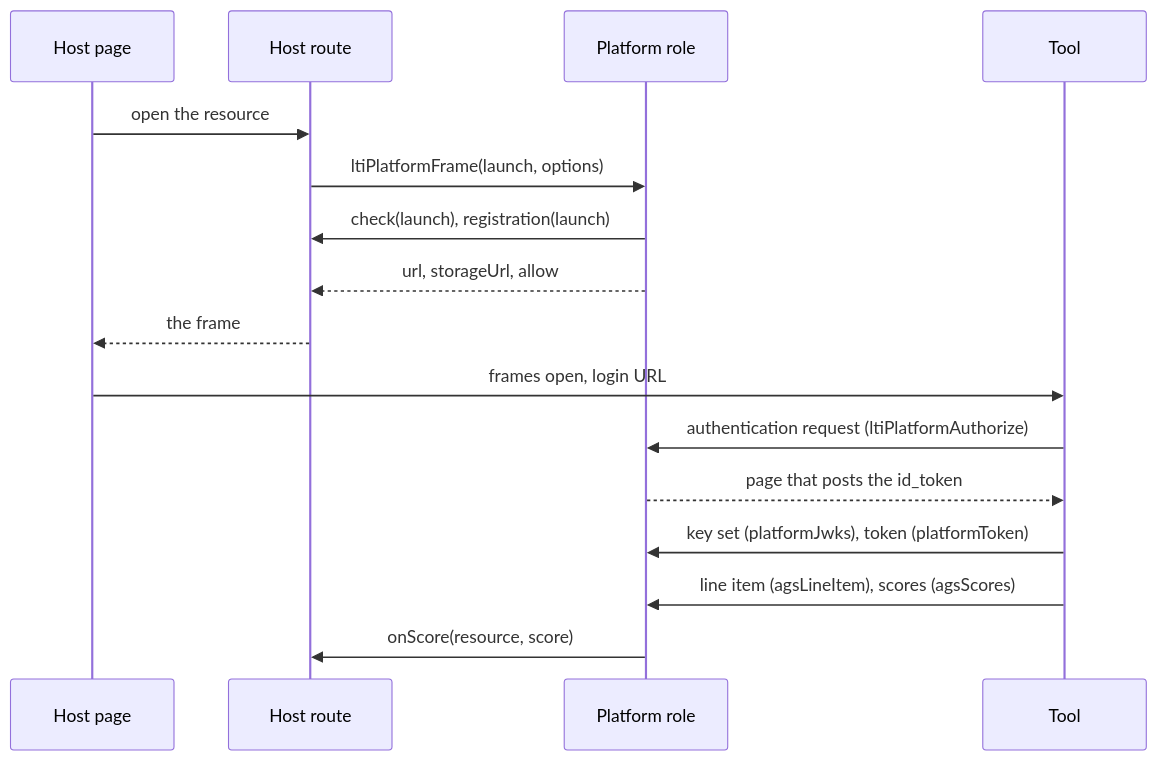
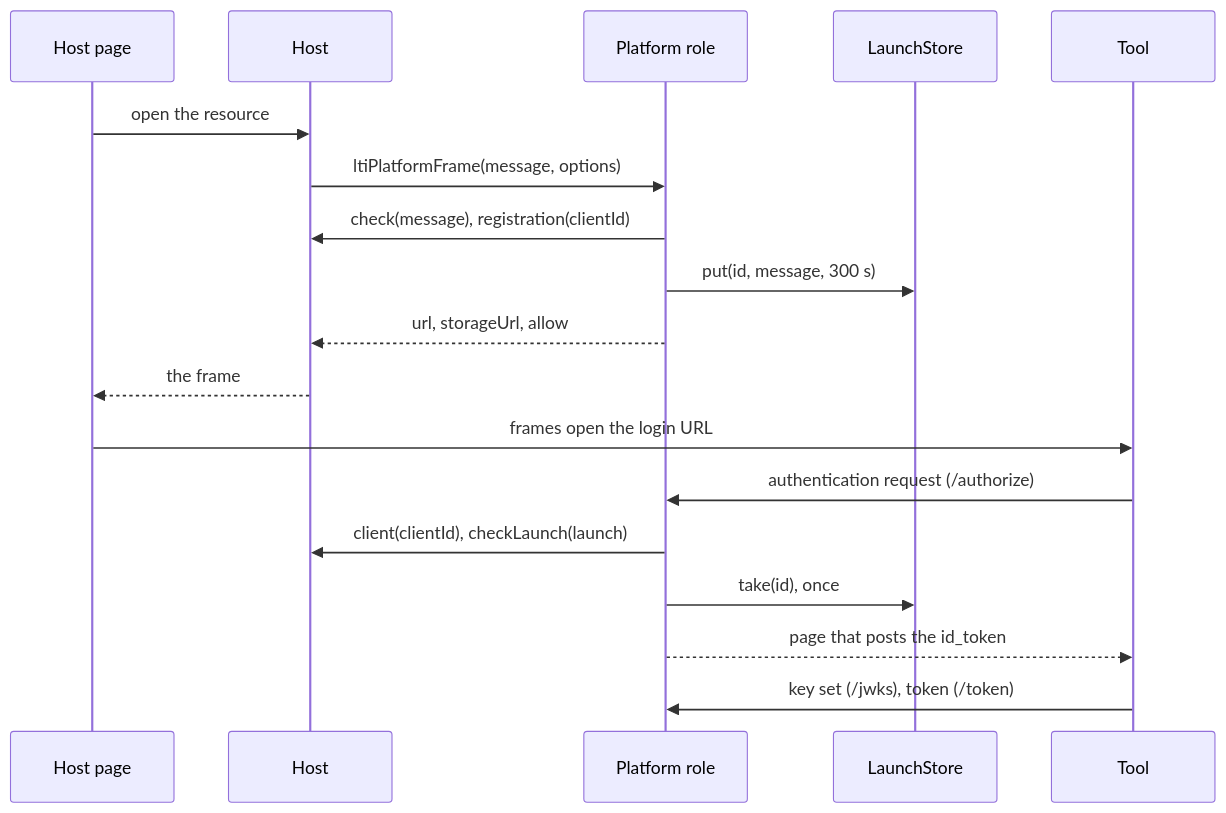
One commit to interopkit/interopkit changed the diagram in docs/tool-integration/platform.md. Above: the diagram before and after it, drawn with Mermaid. The commit also changed other lines of this file and 59 other files, not shown here.

First line of the commit message:
Launch tools from a message that the platform keeps: a LaunchStore, four message types, one router and the authentication error response

````diff
--- a/docs/tool-integration/platform.md
+++ b/docs/tool-integration/platform.md
@@ -8,18 +10,20 @@
 ```mermaid
 sequenceDiagram
   participant P as Host page
-  participant H as Host route
+  participant H as Host
   participant K as Platform role
+  participant S as LaunchStore
   participant T as Tool
   P->>H: open the resource
-  H->>K: ltiPlatformFrame(launch, options)
-  K->>H: check(launch), registration(launch)
+  H->>K: ltiPlatformFrame(message, options)
+  K->>H: check(message), registration(clientId)
+  K->>S: put(id, message, 300 s)
   K-->>H: url, storageUrl, allow
   H-->>P: the frame
-  P->>T: frames open, login URL
-  T->>K: authentication request (ltiPlatformAuthorize)
+  P->>T: frames open the login URL
+  T->>K: authentication request (/authorize)
+  K->>H: client(clientId), checkLaunch(launch)
+  K->>S: take(id), once
   K-->>T: page that posts the id_token
-  T->>K: key set (platformJwks), token (platformToken)
-  T->>K: line item (agsLineItem), scores (agsScores)
-  K->>H: onScore(resource, score)
+  T->>K: key set (/jwks), token (/token)
 ```
````
